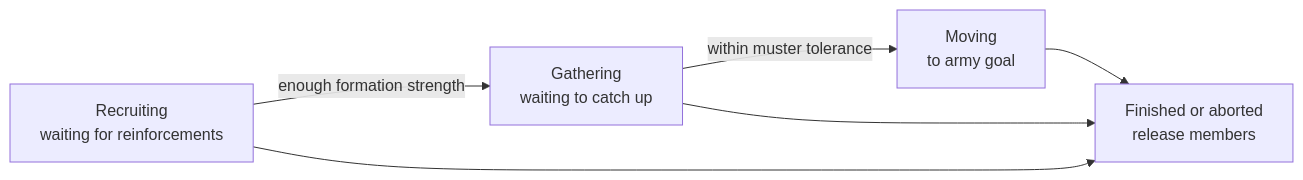
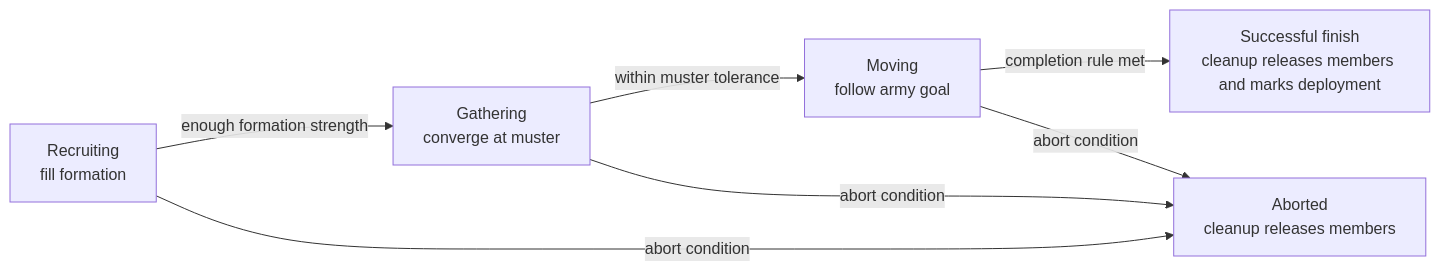
One commit to vox-deorum/vox-deorum changed the second of 2 diagrams in docs/developers/civ5-dll/unit-ai/military-organization.md. Above: the diagram before and after it, drawn with Mermaid. The commit also changed other lines of this file and 12 other files, not shown here.

````diff
--- a/docs/developers/civ5-dll/unit-ai/military-organization.md
+++ b/docs/developers/civ5-dll/unit-ai/military-organization.md
@@ -32,12 +33,9 @@
 ```mermaid
 flowchart LR
-    R[Recruiting<br/>waiting for reinforcements]
-    G[Gathering<br/>waiting to catch up]
-    M[Moving<br/>to army goal]
-    F[Finished or aborted<br/>release members]
-    R -->|enough formation strength| G
-    G -->|within muster tolerance| M
-    M --> F
-    R --> F
-    G --> F
+    R[Recruiting<br/>fill formation] -->|enough formation strength| G[Gathering<br/>converge at muster]
+    G -->|within muster tolerance| M[Moving<br/>follow army goal]
+    M -->|completion rule met| S[Successful finish<br/>cleanup releases members and marks deployment]
+    R -->|abort condition| X[Aborted<br/>cleanup releases members]
+    G -->|abort condition| X
+    M -->|abort condition| X
 ```
````
